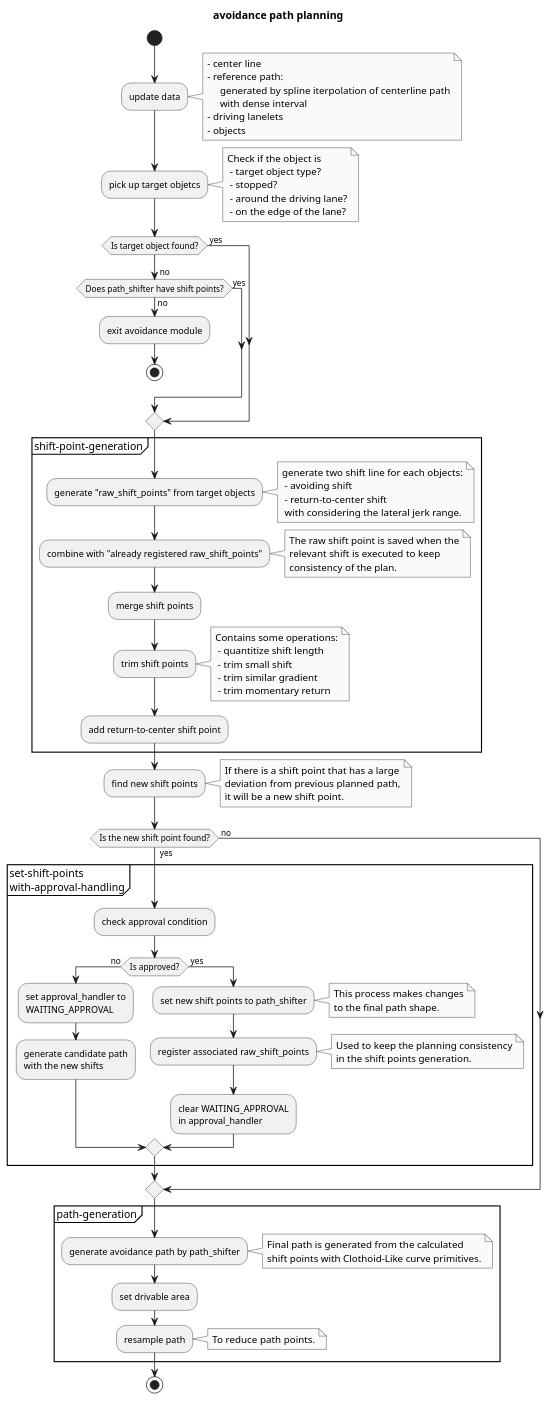
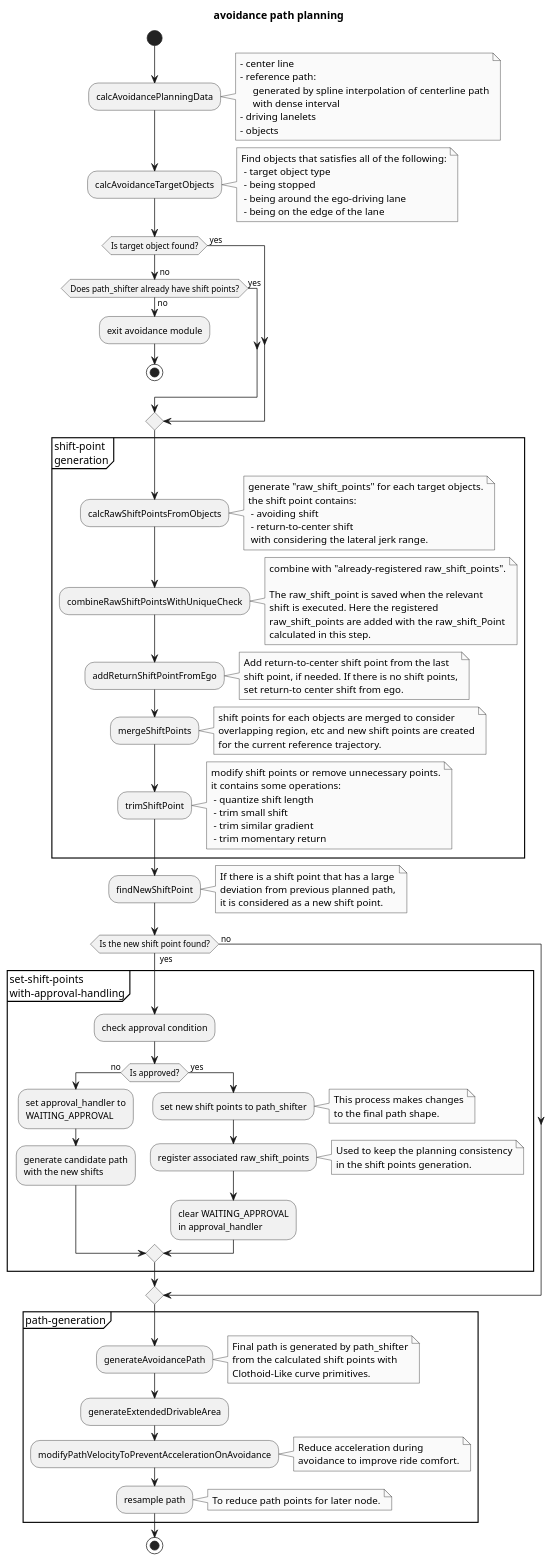
Before and after one commit to tier4/AutowareArchitectureProposal.iv: the diagram in planning/scenario_planning/lane_driving/behavior_planning/behavior_path_planner/behavior_path_planner_avoidance-design.md, drawn with PlantUML. The commit also changed other lines of this file and 8 other files, not shown here.

```diff
--- a/planning/scenario_planning/lane_driving/behavior_planning/behavior_path_planner/behavior_path_planner_avoidance-design.md
+++ b/planning/scenario_planning/lane_driving/behavior_planning/behavior_path_planner/behavior_path_planner_avoidance-design.md
@@ -18,73 +31,88 @@
 title avoidance path planning
 start
 
-:update data;
+:calcAvoidancePlanningData;
 note right
  - center line
  - reference path:
-      generated by spline iterpolation of centerline path
+      generated by spline interpolation of centerline path
       with dense interval
  - driving lanelets
  - objects
 end note
 
-:pick up target objetcs;
+:calcAvoidanceTargetObjects;
 note right
- Check if the object is
-  - target object type?
-  - stopped?
-  - around the driving lane?
-  - on the edge of the lane?
+ Find objects that satisfies all of the following:
+  - target object type
+  - being stopped
+  - being around the ego-driving lane
+  - being on the edge of the lane
 end note
 
 if (Is target object found?) then ( yes)
 else (\n no)
-  if (Does path_shifter have shift points?) then (no)
+  if (Does path_shifter already have shift points?) then (no)
     :exit avoidance module;
     stop
   else (yes)
   endif
 endif
 
-partition shift-point-generation {
+partition shift-point\ngeneration {
 
-:generate "raw_shift_points" from target objects;
+:calcRawShiftPointsFromObjects;
 note right
- generate two shift line for each objects:
+ generate "raw_shift_points" for each target objects.
+ the shift point contains:
   - avoiding shift
   - return-to-center shift
   with considering the lateral jerk range.
 end note
 
+:combineRawShiftPointsWithUniqueCheck;
+note right
+ combine with "already-registered raw_shift_points".
 
-:combine with "already registered raw_shift_points";
-note right
- The raw shift point is saved when the
- relevant shift is executed to keep
- consistency of the plan.
+ The raw_shift_point is saved when the relevant
+ shift is executed. Here the registered
+ raw_shift_points are added with the raw_shift_Point
+ calculated in this step.
 end note
 
-:merge shift points;
+:addReturnShiftPointFromEgo;
+note right
+ Add return-to-center shift point from the last
+ shift point, if needed. If there is no shift points,
+ set return-to center shift from ego.
+end note
 
+:mergeShiftPoints;
+note right
+shift points for each objects are merged to consider
+overlapping region, etc and new shift points are created
+for the current reference trajectory.
+end note
 
-:trim shift points;
+:trimShiftPoint;
 note right
-Contains some operations:
- - quantitize shift length
+modify shift points or remove unnecessary points.
+it contains some operations:
+ - quantize shift length
  - trim small shift
  - trim similar gradient
  - trim momentary return
 end note
 
-:add return-to-center shift point;
+
 
 }
 
-:find new shift points;
+:findNewShiftPoint;
 note right
  If there is a shift point that has a large
  deviation from previous planned path,
- it will be a new shift point.
+ it is considered as a new shift point.
 end note
 
 if (Is the new shift point found?) then ( yes)
@@ -115,17 +143,24 @@
 
 partition path-generation {
 
-:generate avoidance path by path_shifter;
+:generateAvoidancePath;
 note right
- Final path is generated from the calculated
- shift points with Clothoid-Like curve primitives.
+ Final path is generated by path_shifter
+ from the calculated shift points with
+ Clothoid-Like curve primitives.
 end note
 
-:set drivable area;
+:generateExtendedDrivableArea;
+
+:modifyPathVelocityToPreventAccelerationOnAvoidance;
+note right
+ Reduce acceleration during
+ avoidance to improve ride comfort.
+end note
 
 :resample path;
 note right
- To reduce path points.
+ To reduce path points for later node.
 end note
 
 }
```
